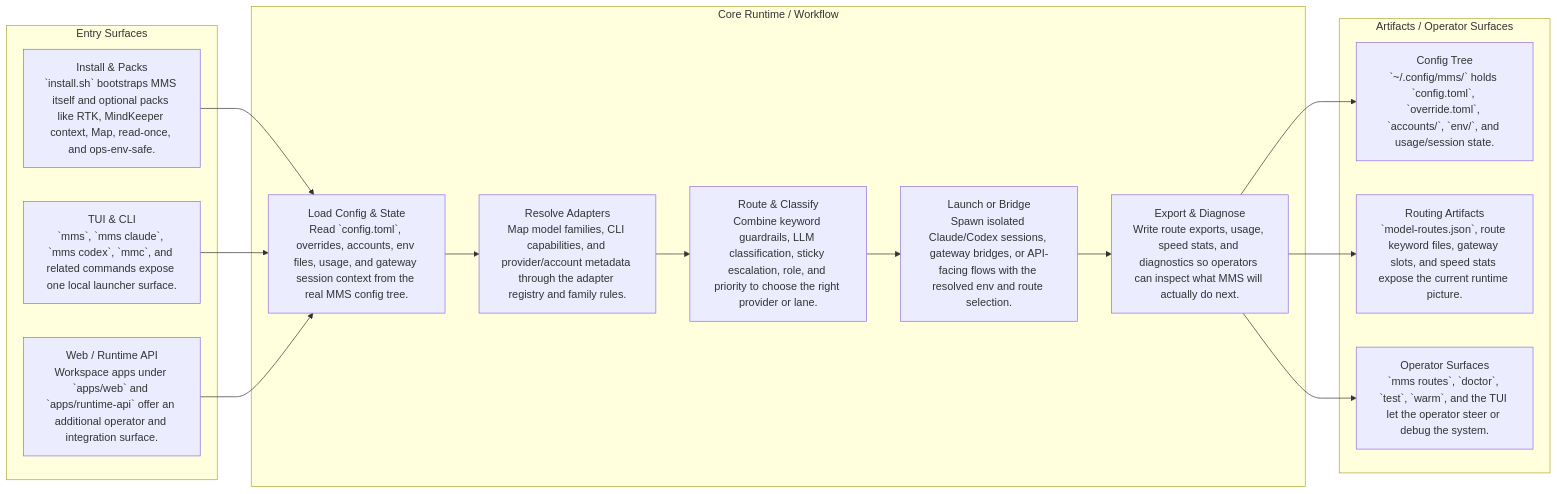
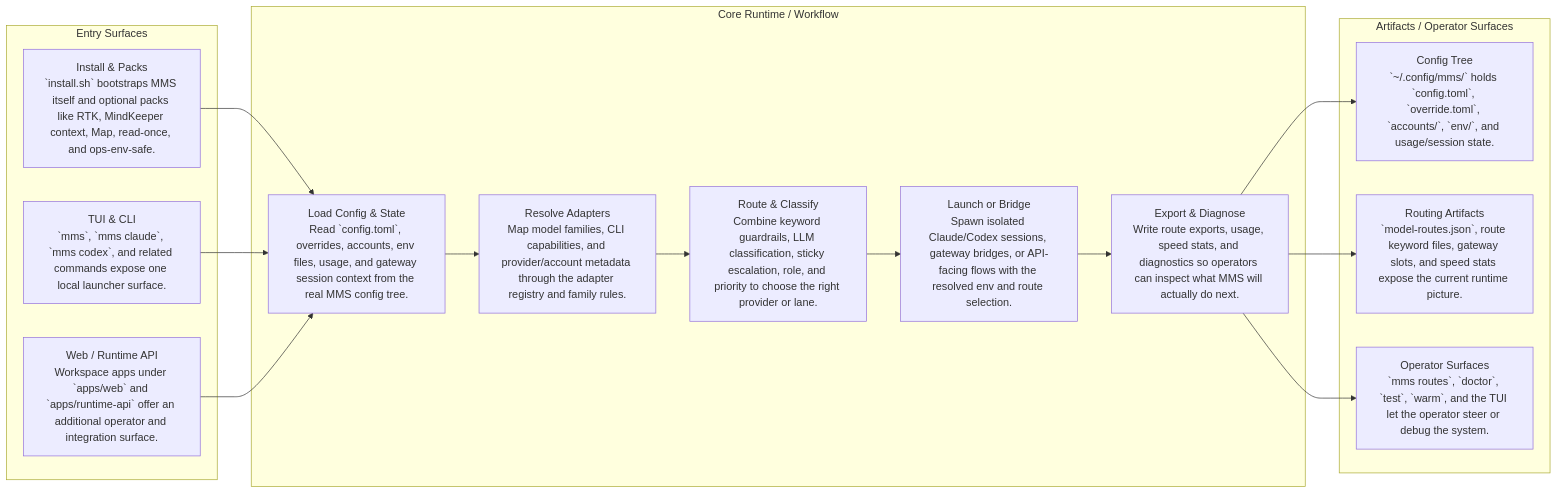
The diagram in docs/images/architecture-mainline.mmd (CtriXin/multi-model-switch), drawn with Mermaid before and after one commit. The commit also changed 15 other files, not shown here.

```diff
--- a/docs/images/architecture-mainline.mmd
+++ b/docs/images/architecture-mainline.mmd
@@ -1,28 +1,28 @@
 flowchart LR
   subgraph Entry[Entry Surfaces]
     E1["Install & Packs\n`install.sh` bootstraps MMS itself and optional packs like RTK, MindKeeper context, Map, read-once, and ops-env-safe."]
-    E2["TUI & CLI\n`mms`, `mms claude`, `mms codex`, `mmc`, and related commands expose one local launcher surface."]
+    E2["TUI & CLI\n`mms`, `mms claude`, `mms codex`, and related commands expose one local launcher surface."]
     E3["Web / Runtime API\nWorkspace apps under `apps/web` and `apps/runtime-api` offer an additional operator and integration surface."]
   end
   subgraph Runtime[Core Runtime / Workflow]
     R1["Load Config & State\nRead `config.toml`, overrides, accounts, env files, usage, and gateway session context from the real MMS config tree."]
     R2["Resolve Adapters\nMap model families, CLI capabilities, and provider/account metadata through the adapter registry and family rules."]
     R3["Route & Classify\nCombine keyword guardrails, LLM classification, sticky escalation, role, and priority to choose the right provider or lane."]
     R4["Launch or Bridge\nSpawn isolated Claude/Codex sessions, gateway bridges, or API-facing flows with the resolved env and route selection."]
     R5["Export & Diagnose\nWrite route exports, usage, speed stats, and diagnostics so operators can inspect what MMS will actually do next."]
   end
   subgraph Artifacts[Artifacts / Operator Surfaces]
     A1["Config Tree\n`~/.config/mms/` holds `config.toml`, `override.toml`, `accounts/`, `env/`, and usage/session state."]
     A2["Routing Artifacts\n`model-routes.json`, route keyword files, gateway slots, and speed stats expose the current runtime picture."]
     A3["Operator Surfaces\n`mms routes`, `doctor`, `test`, `warm`, and the TUI let the operator steer or debug the system."]
   end
   E1 --> R1
   E2 --> R1
   E3 --> R1
   R1 --> R2
   R2 --> R3
   R3 --> R4
   R4 --> R5
   R5 --> A1
   R5 --> A2
   R5 --> A3
```
